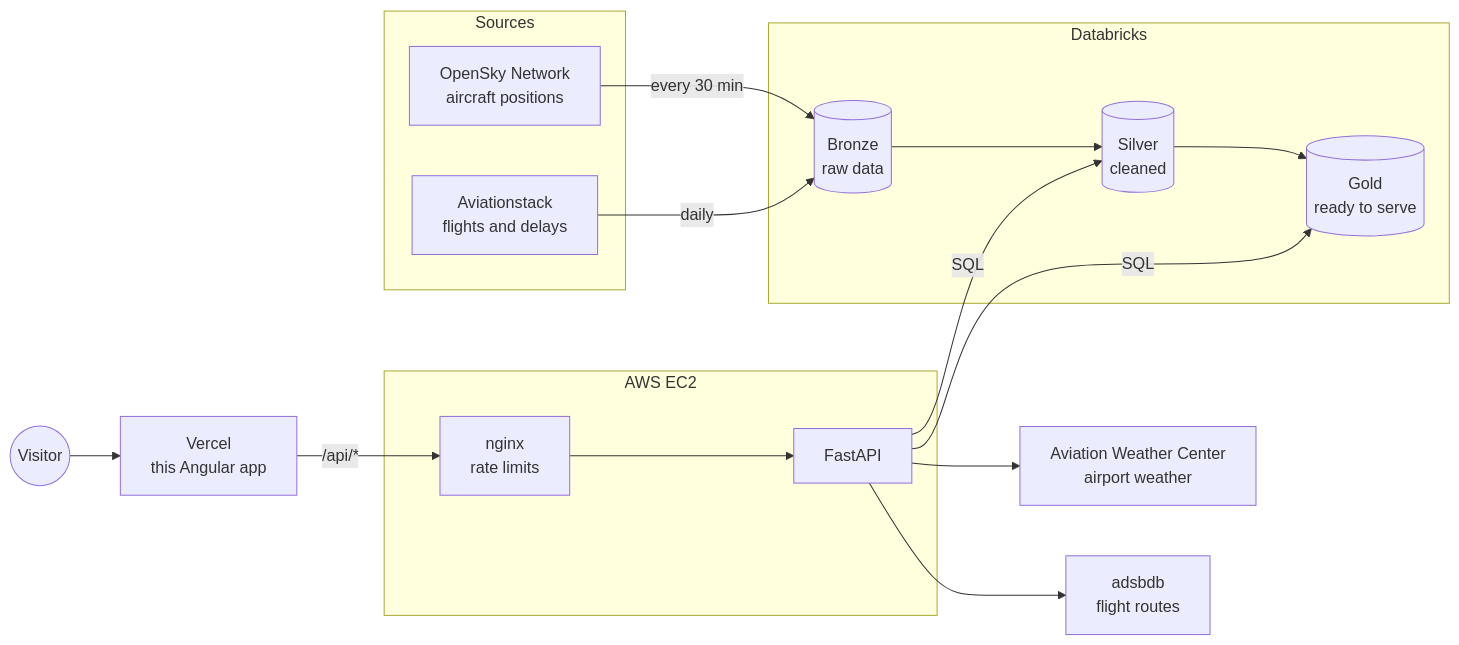
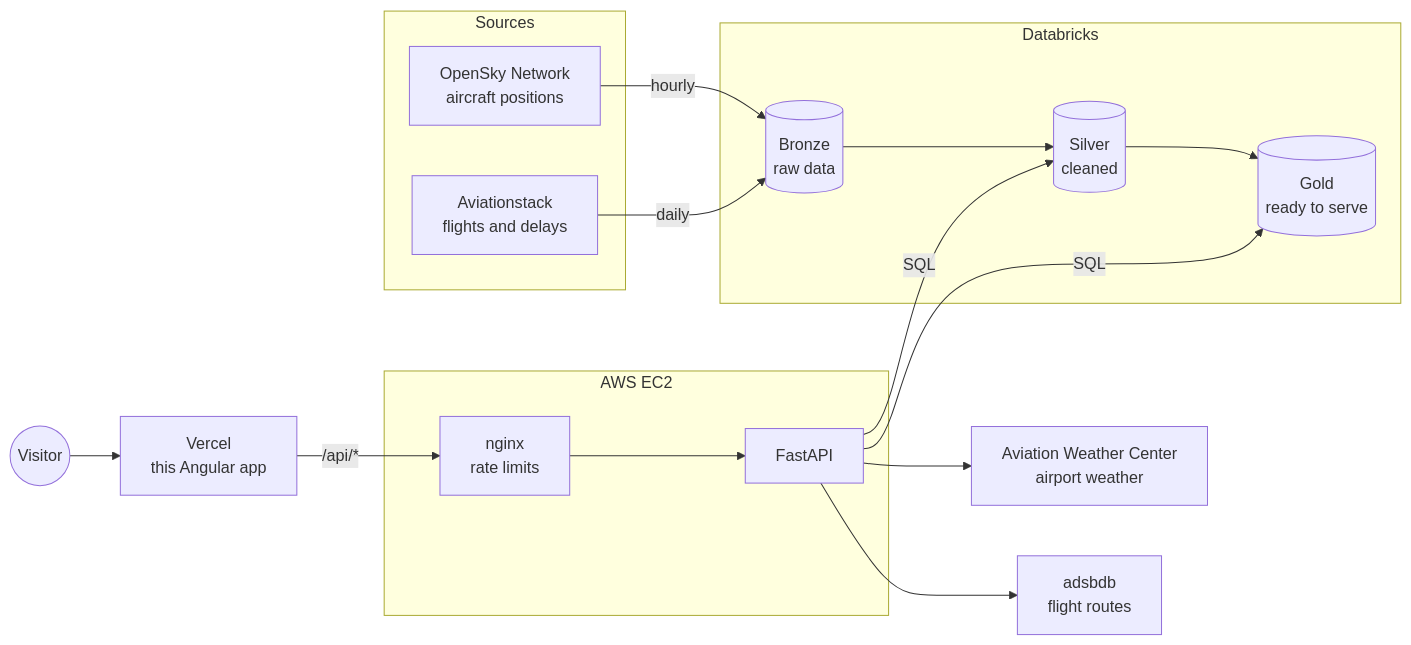
Before and after one commit to MUMBA-Amos/flightpulse-frontend: the diagram in README.md, drawn with Mermaid.

Commit message:
README: aircraft now update hourly

````diff
--- a/README.md
+++ b/README.md
@@ -20,25 +20,25 @@
 ```mermaid
 flowchart LR
     subgraph Sources
         OS[OpenSky Network<br/>aircraft positions]
         AS[Aviationstack<br/>flights and delays]
     end
 
     subgraph Databricks
         B[(Bronze<br/>raw data)] --> S[(Silver<br/>cleaned)] --> G[(Gold<br/>ready to serve)]
     end
 
     subgraph EC2 [AWS EC2]
         N[nginx<br/>rate limits] --> API[FastAPI]
     end
 
-    OS -- every 30 min --> B
+    OS -- hourly --> B
     AS -- daily --> B
     API -- SQL --> S
     API -- SQL --> G
     API --> AWC[Aviation Weather Center<br/>airport weather]
     API --> ADS[adsbdb<br/>flight routes]
 
     U((Visitor)) --> V[Vercel<br/>this Angular app]
     V -- /api/* --> N
 ```
````
